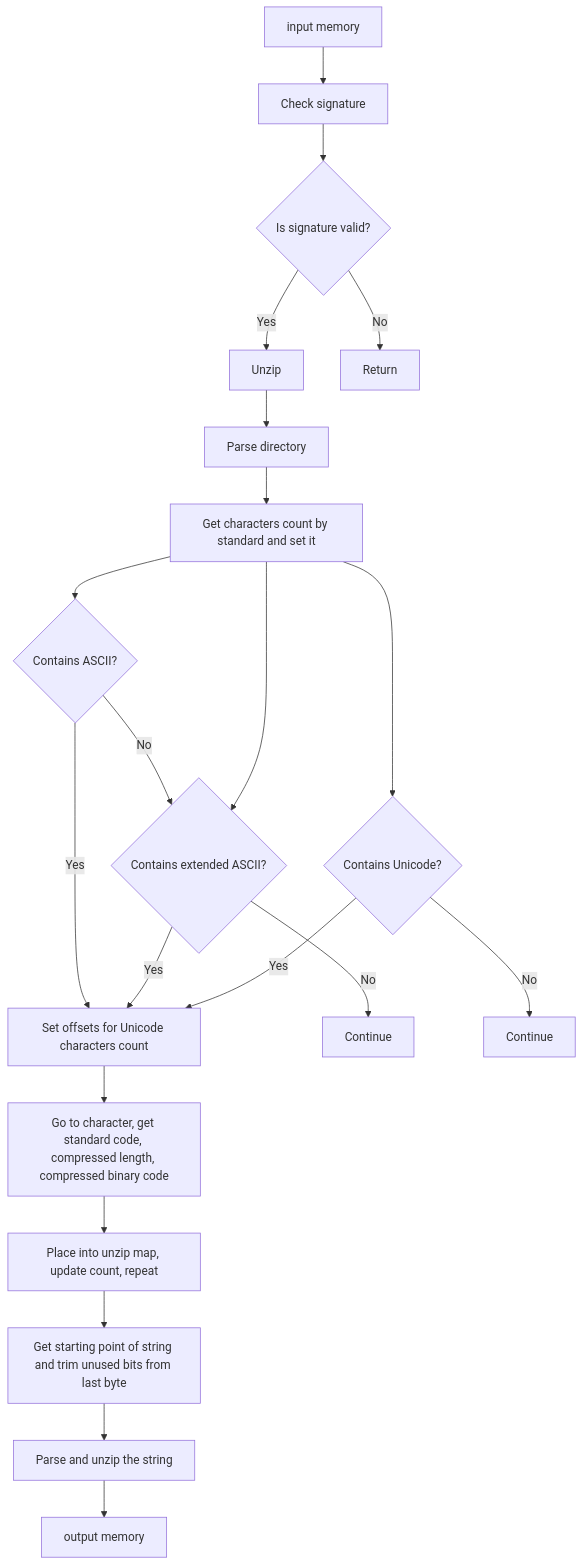
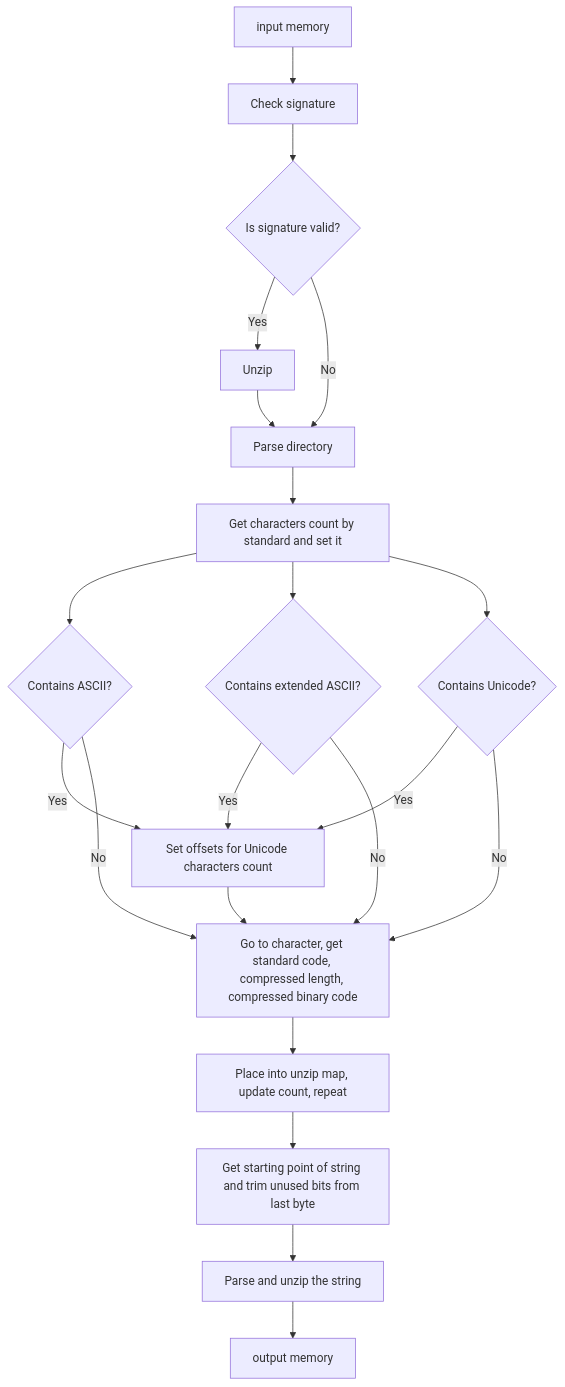
One commit to dothedada/filemakerrrr changed the second of 4 diagrams in README.md. Above: the diagram before and after it, drawn with Mermaid.

Commit message:
Ajuste mermaid

````diff
--- a/README.md
+++ b/README.md
@@ -149,27 +149,28 @@
 ```mermaid
 flowchart TD
     A[input memory] --> B[Check signature]
     B --> C{Is signature valid?}
     C -- Yes --> D[Unzip]
     C -- No --> E[Return]
 
-    D --> F[Parse directory]
-    F --> G[Get characters count by standard and set it]
-    G --> H{Contains ASCII?}
-    H -- Yes --> O[Set offsets for ASCII characters count]
-    H -- No --> I[Continue]
+    D --> E[Parse directory]
+    E --> F[Get characters count by standard and set it]
 
-    G --> I{Contains extended ASCII?}
-    I -- Yes --> O[Set offsets for extended ASCII characters count]
-    I -- No --> L[Continue]
+    F --> G{Contains ASCII?}
+    G -- Yes --> O[Set offsets for ASCII characters count]
+    G -- No --> P[Continue]
 
-    G --> J{Contains Unicode?}
-    J -- Yes --> O[Set offsets for Unicode characters count]
-    J -- No --> M[Continue]
+    F --> H{Contains extended ASCII?}
+    H -- Yes --> O[Set offsets for extended ASCII characters count]
+    H -- No --> P[Continue]
+
+    F --> I{Contains Unicode?}
+    I -- Yes --> O[Set offsets for Unicode characters count]
+    I -- No --> P[Continue]
 
     O --> P[Go to character, get standard code, compressed length, compressed binary code]
     P --> Q[Place into unzip map, update count, repeat]
     Q --> R[Get starting point of string and trim unused bits from last byte]
     R --> S[Parse and unzip the string]
     S --> T[output memory]
 ```
````
